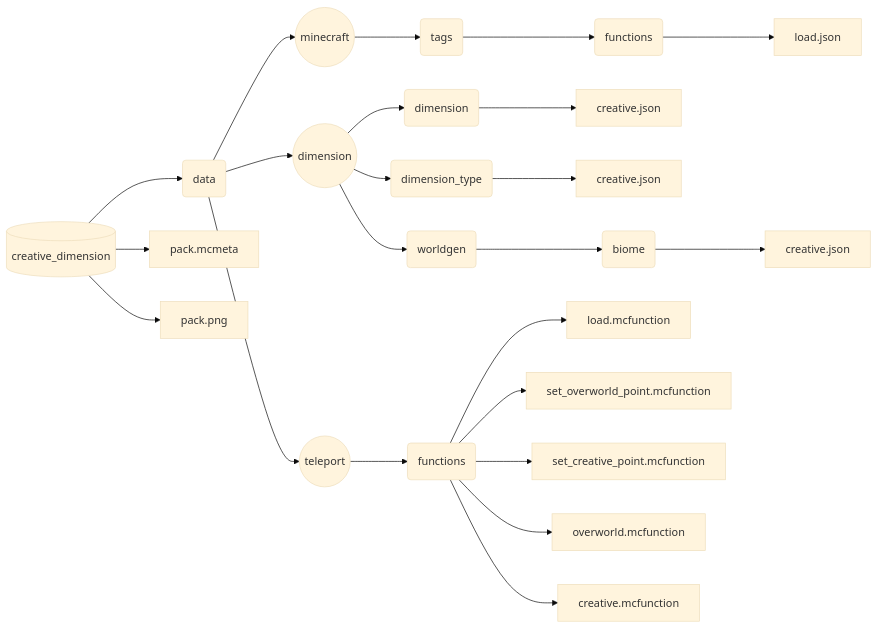
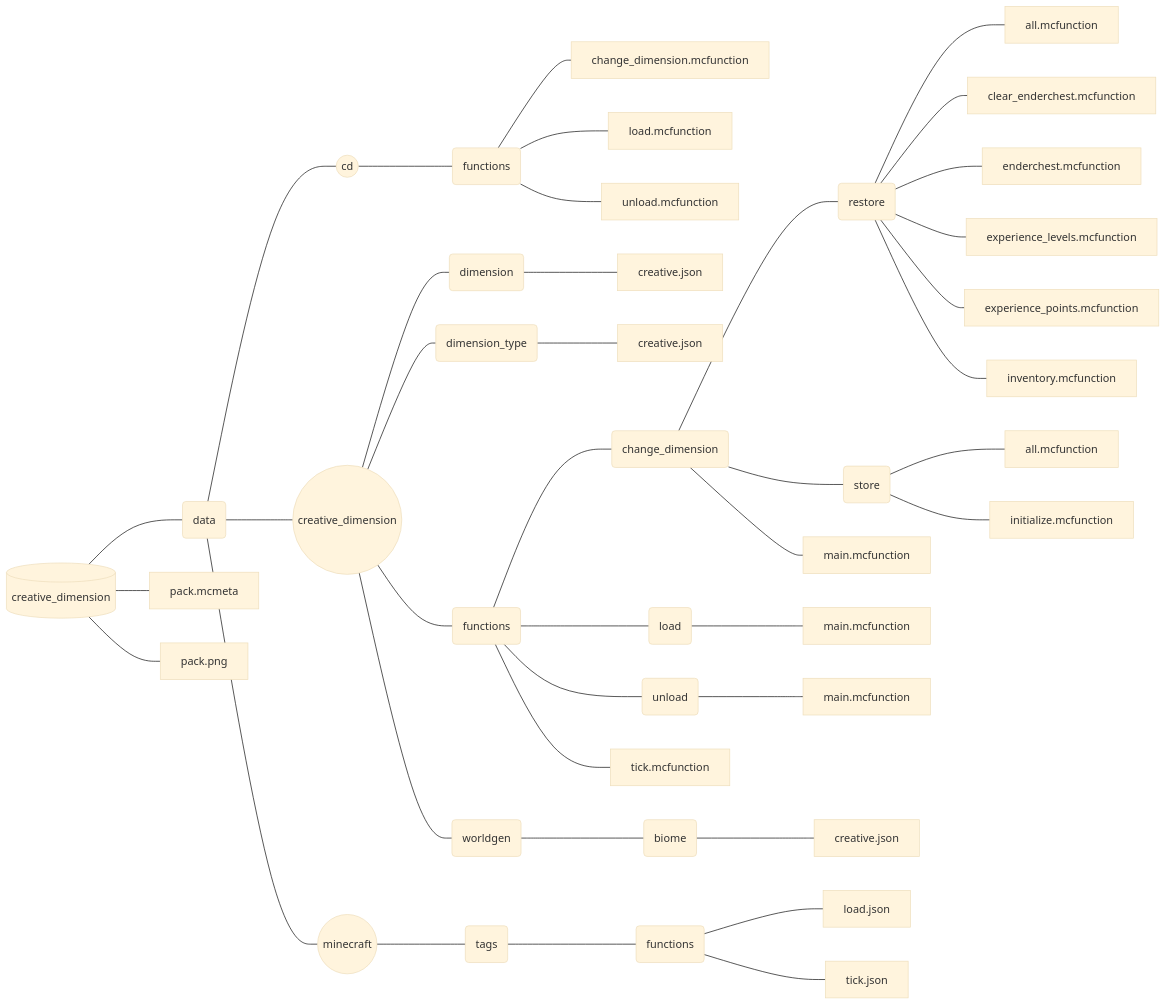
Before and after one commit to Srymm/creative_dimension: the second of 2 diagrams in README.md, drawn with Mermaid (base theme). The commit also changed other lines of this file and 27 other files, not shown here.

````diff
--- a/README.md
+++ b/README.md
@@ -44,18 +64,34 @@
 ```mermaid
 graph LR
 PACK[(creative_dimension)]
-PACK-->DATA(data)
-       DATA-->MINECRAFT((minecraft))-->A(tags)-->B(functions)-->C[load.json]
-       DATA-->DIMENSION((dimension))
-              DIMENSION-->D(dimension)-->E[creative.json]
-              DIMENSION-->F(dimension_type)-->G[creative.json]
-              DIMENSION-->H(worldgen)-->I(biome)-->J[creative.json]
-       DATA-->TELEPORT((teleport))-->FUNCTIONS(functions)
-                                     FUNCTIONS-->K[load.mcfunction]
-                                     FUNCTIONS-->L[set_overworld_point.mcfunction]
-                                     FUNCTIONS-->M[set_creative_point.mcfunction]
-                                     FUNCTIONS-->N[overworld.mcfunction]
-                                     FUNCTIONS-->O[creative.mcfunction]
-PACK-->P[pack.mcmeta]
-PACK-->Q[pack.png]
+PACK --- DATA(data)
+         DATA --- CD((cd)) --- INTERFACE(functions)
+                               INTERFACE --- A[change_dimension.mcfunction]
+                               INTERFACE --- C[load.mcfunction]
+                               INTERFACE --- D[unload.mcfunction]
+         DATA --- CREATIVE_DIMENSION((creative_dimension))
+                  CREATIVE_DIMENSION --- DIMENSION(dimension) --- E[creative.json]
+                  CREATIVE_DIMENSION --- DIMENSION_TYPE(dimension_type) --- F[creative.json]
+                  CREATIVE_DIMENSION --- FUNCTIONS(functions)
+                                         FUNCTIONS --- CHANGE_DIMENSION(change_dimension)
+                                                       CHANGE_DIMENSION --- RESTORE(restore)
+                                                                            RESTORE --- H[all.mcfunction]
+                                                                            RESTORE --- I[clear_enderchest.mcfunction]
+                                                                            RESTORE --- J[enderchest.mcfunction]
+                                                                            RESTORE --- K[experience_levels.mcfunction]
+                                                                            RESTORE --- L[experience_points.mcfunction]
+                                                                            RESTORE --- M[inventory.mcfunction]
+                                                       CHANGE_DIMENSION --- STORE(store)
+                                                                            STORE --- N[all.mcfunction]
+                                                                            STORE --- O[initialize.mcfunction]
+                                                       CHANGE_DIMENSION --- P[main.mcfunction]
+                                         FUNCTIONS --- LOAD(load) --- R[main.mcfunction]
+                                         FUNCTIONS --- UNLOAD(unload) --- S[main.mcfunction]
+                                         FUNCTIONS --- T[tick.mcfunction]
+                  CREATIVE_DIMENSION --- WORLDGEN(worldgen) --- BIOME(biome) --- U[creative.json]
+         DATA --- MINECRAFT((minecraft)) --- TAGS(tags) --- AUTOMATICALLY(functions)
+                                                            AUTOMATICALLY --- V[load.json]
+                                                            AUTOMATICALLY --- W[tick.json]
+PACK --- X[pack.mcmeta]
+PACK --- Y[pack.png]
 ```
````
